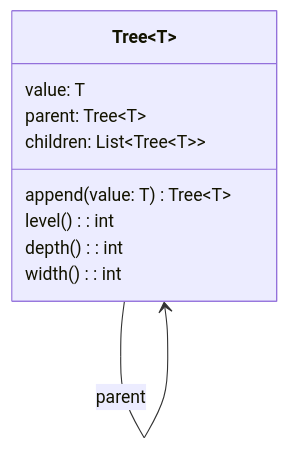
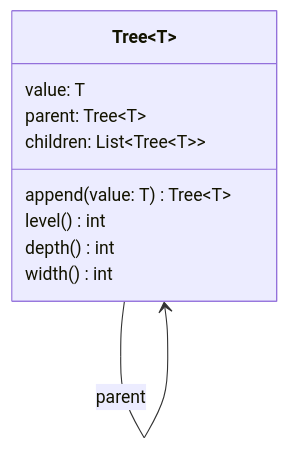
Before and after one commit to ghackenberg/kurs-datenanalyse: the diagram in Kapitel/01_Datenstrukturen/Diagramme/Baum.mmd, drawn with Mermaid. The commit also changed 1 other file, not shown here.

```diff
--- a/Kapitel/01_Datenstrukturen/Diagramme/Baum.mmd
+++ b/Kapitel/01_Datenstrukturen/Diagramme/Baum.mmd
@@ -1,16 +1,16 @@
 classDiagram
 
     class Tree~T~ {
         value: T
 
         parent: Tree~T~
 
         children: List~Tree~T~~
 
         append(value: T) Tree~T~
-        level(): int
-        depth(): int
-        width(): int
+        level() int
+        depth() int
+        width() int
     }
 
     Tree --> Tree: parent
```
